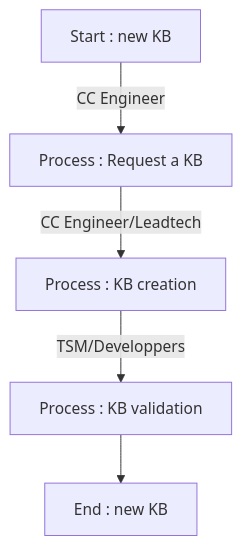
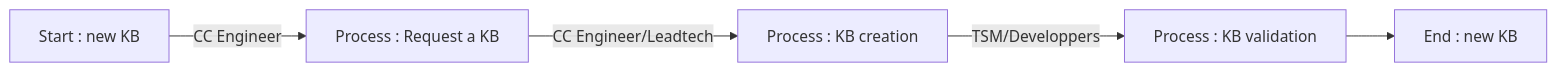
The diagram in README.md (alexvea/KB), drawn with Mermaid before and after one commit.

````diff
--- a/README.md
+++ b/README.md
@@ -148,7 +148,7 @@
 ```mermaid
-flowchart TD
+flowchart LR
 A[Start : new KB] -- CC Engineer --> B[Process : Request a KB];
 B[Process : Request a KB] -- CC Engineer/Leadtech --> C[Process : KB creation];
 C[Process : KB creation] -- TSM/Developpers --> D[Process : KB validation];
 D[Process : KB validation] --> E[End : new KB];
 ```
````
